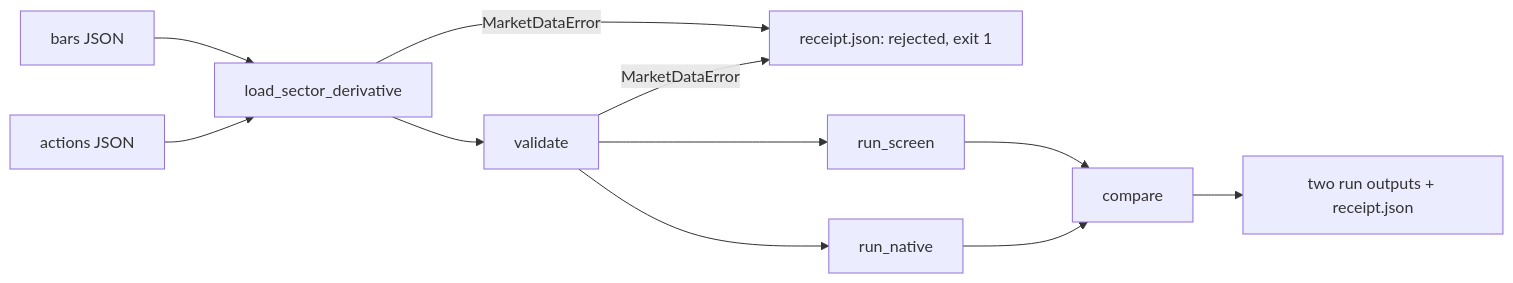
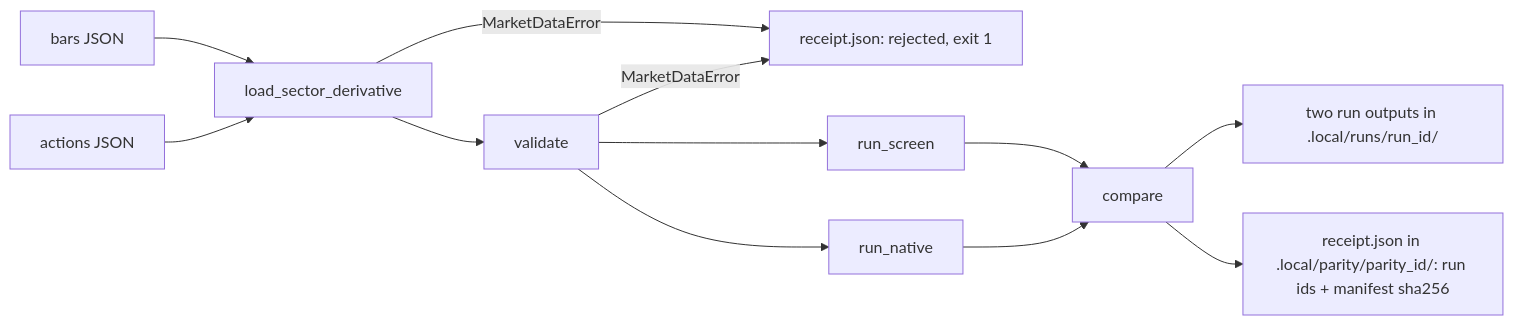
The diagram in docs/tasks/2026-11-17-engine-parity.md (kenfuliang/quant-trading-lab), drawn with Mermaid before and after one commit. The commit also changed other lines of this file and 2 other files, not shown here.

First line of the commit message:
Docs: parity scope, run location, roadmap step 1 and README rejection cause

````diff
--- a/docs/tasks/2026-11-17-engine-parity.md
+++ b/docs/tasks/2026-11-17-engine-parity.md
@@ -20,11 +20,12 @@
 ```mermaid
 flowchart LR
     B[bars JSON] --> L[load_sector_derivative]
     A[actions JSON] --> L
     L -->|MarketDataError| R[receipt.json: rejected, exit 1]
     L --> V[validate]
     V -->|MarketDataError| R
     V --> S[run_screen] --> C[compare]
     V --> N[run_native] --> C
-    C --> W[two run outputs + receipt.json]
+    C --> W["two run outputs in .local/runs/run_id/"]
+    C --> P["receipt.json in .local/parity/parity_id/: run ids + manifest sha256"]
 ```
````
